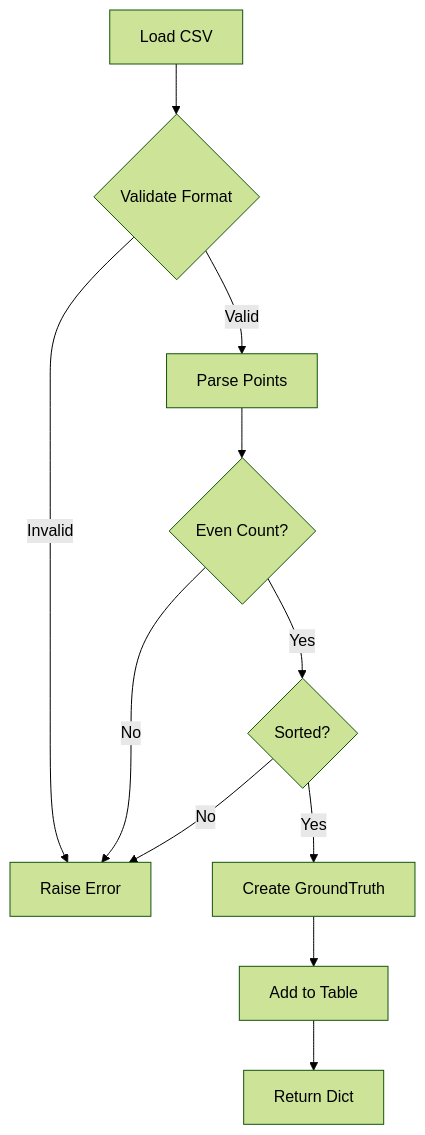
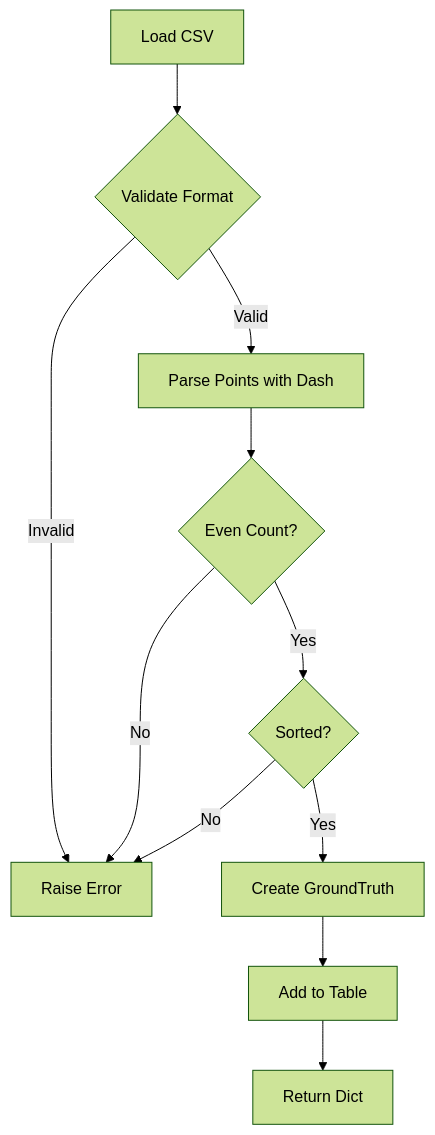
One commit to finalFlash159/mock-server-scoring-api-for-AIC-VBS changed the fifth of 9 diagrams in docs/system-design.md. Above: the diagram before and after it, drawn with Mermaid (forest theme). The commit also changed other lines of this file and 4 other files, not shown here.

````diff
--- a/docs/system-design.md
+++ b/docs/system-design.md
@@ -91,13 +170,13 @@
 ```mermaid
 flowchart TD
     A[Load CSV] --> B{Validate Format}
     B -->|Invalid| C[Raise Error]
-    B -->|Valid| D[Parse Points]
+    B -->|Valid| D[Parse Points with Dash]
     D --> E{Even Count?}
     E -->|No| C
     E -->|Yes| F{Sorted?}
     F -->|No| C
     F -->|Yes| G[Create GroundTruth]
     G --> H[Add to Table]
     H --> I[Return Dict]
 ```
````
